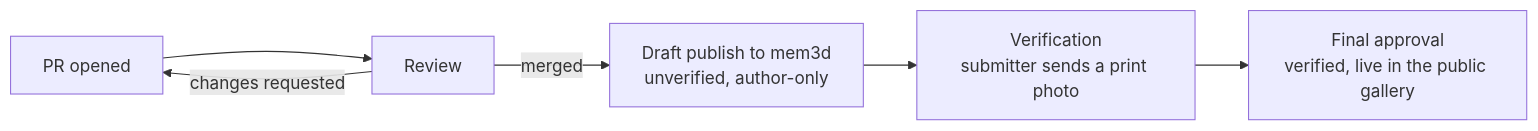
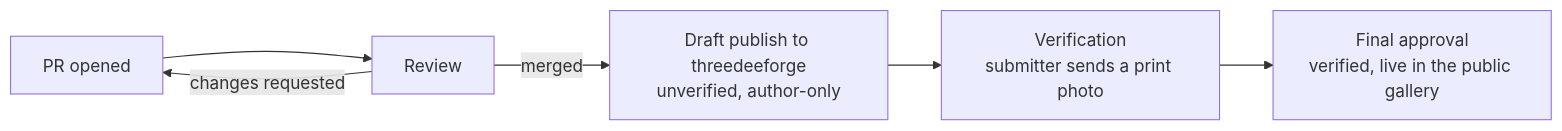
Before and after one commit to Jonesie/mem3d.templates: the diagram in README.md, drawn with Mermaid. The commit also changed other lines of this file and 10 other files, not shown here.

Commit message:
Rename mem3d to threedeeforge (threedeeforge.com)

````diff
--- a/README.md
+++ b/README.md
@@ -54,8 +54,8 @@
 ```mermaid
 flowchart LR
     A[PR opened] --> B[Review]
     B -->|changes requested| A
-    B -->|merged| C[Draft publish to mem3d<br/>unverified, author-only]
+    B -->|merged| C[Draft publish to threedeeforge<br/>unverified, author-only]
     C --> D[Verification<br/>submitter sends a print photo]
     D --> E[Final approval<br/>verified, live in the public gallery]
 ```
````
